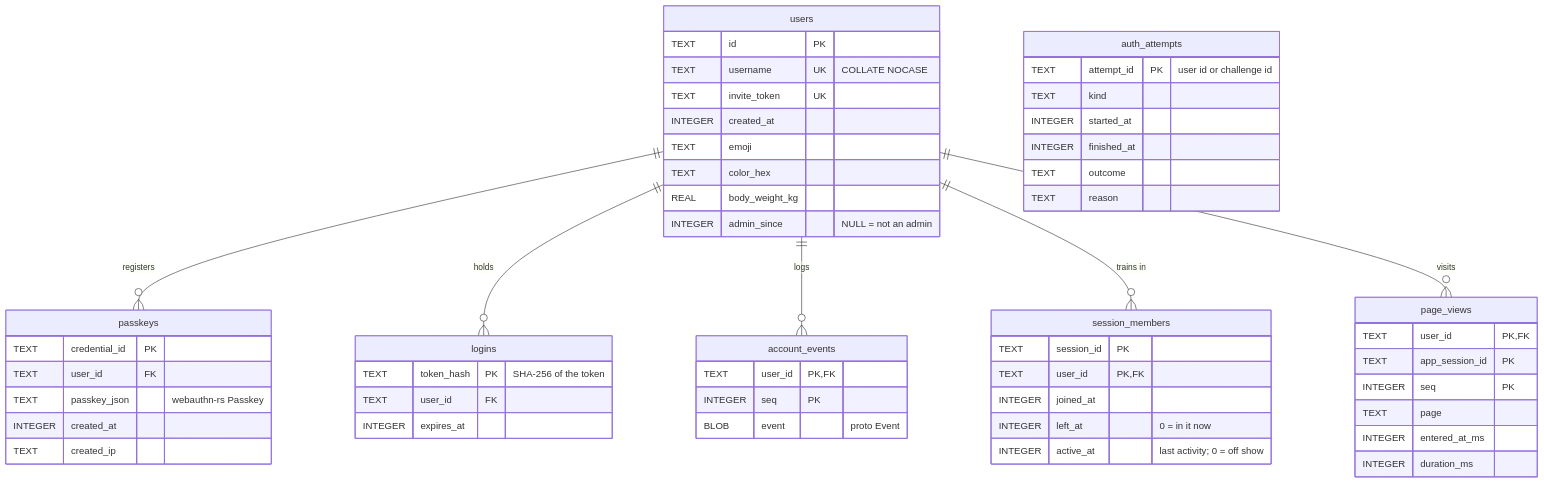
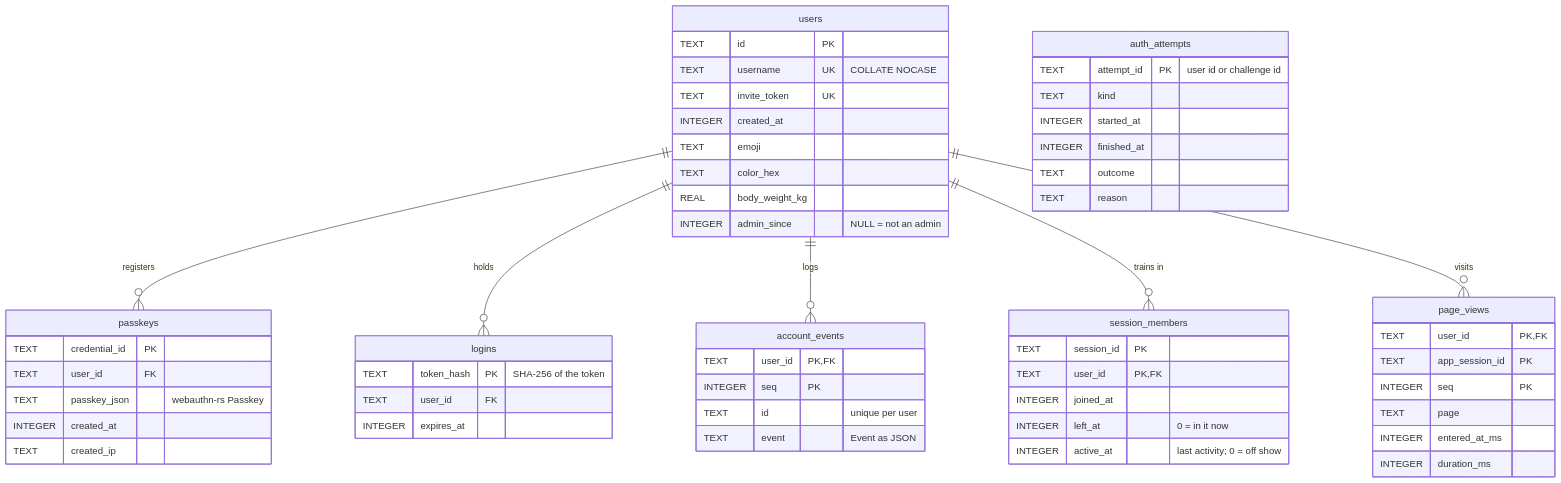
The third of 3 diagrams in docs/architecture/data-model.md (brensch/lift), drawn with Mermaid before and after one commit. The commit also changed other lines of this file and 60 other files, not shown here.

````diff
--- a/docs/architecture/data-model.md
+++ b/docs/architecture/data-model.md
@@ -207,59 +213,60 @@
 ```mermaid
 erDiagram
     users ||--o{ passkeys : "registers"
     users ||--o{ logins : "holds"
     users ||--o{ account_events : "logs"
     users ||--o{ session_members : "trains in"
     users ||--o{ page_views : "visits"
 
     users {
         TEXT id PK
         TEXT username UK "COLLATE NOCASE"
         TEXT invite_token UK
         INTEGER created_at
         TEXT emoji
         TEXT color_hex
         REAL body_weight_kg
         INTEGER admin_since "NULL = not an admin"
     }
     passkeys {
         TEXT credential_id PK
         TEXT user_id FK
         TEXT passkey_json "webauthn-rs Passkey"
         INTEGER created_at
         TEXT created_ip
     }
     logins {
         TEXT token_hash PK "SHA-256 of the token"
         TEXT user_id FK
         INTEGER expires_at
     }
     account_events {
         TEXT user_id PK, FK
         INTEGER seq PK
-        BLOB event "proto Event"
+        TEXT id "unique per user"
+        TEXT event "Event as JSON"
     }
     session_members {
         TEXT session_id PK
         TEXT user_id PK, FK
         INTEGER joined_at
         INTEGER left_at "0 = in it now"
         INTEGER active_at "last activity; 0 = off show"
     }
     page_views {
         TEXT user_id PK, FK
         TEXT app_session_id PK
         INTEGER seq PK
         TEXT page
         INTEGER entered_at_ms
         INTEGER duration_ms
     }
     auth_attempts {
         TEXT attempt_id PK "user id or challenge id"
         TEXT kind
         INTEGER started_at
         INTEGER finished_at
         TEXT outcome
         TEXT reason
     }
 ```
````
